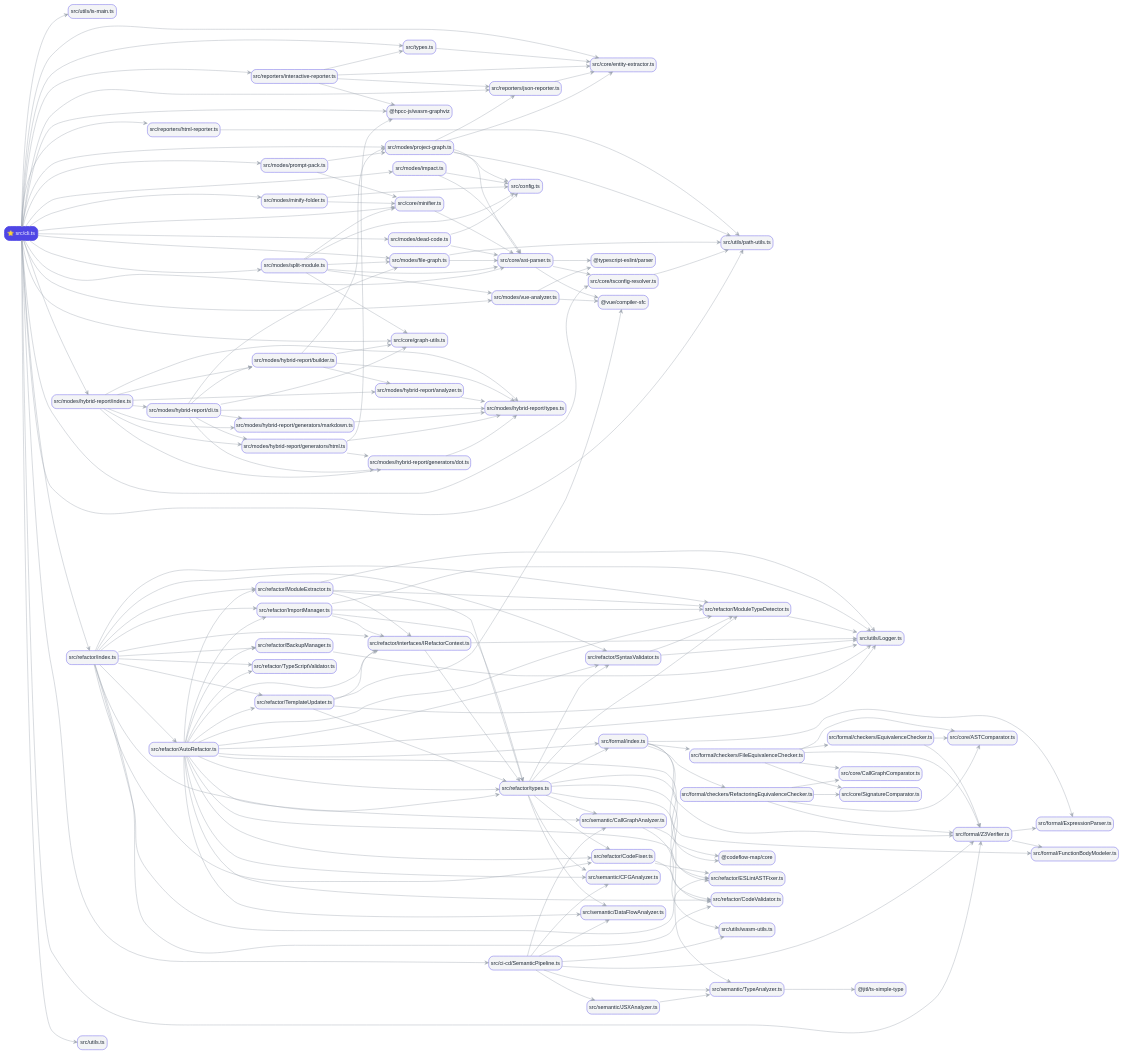
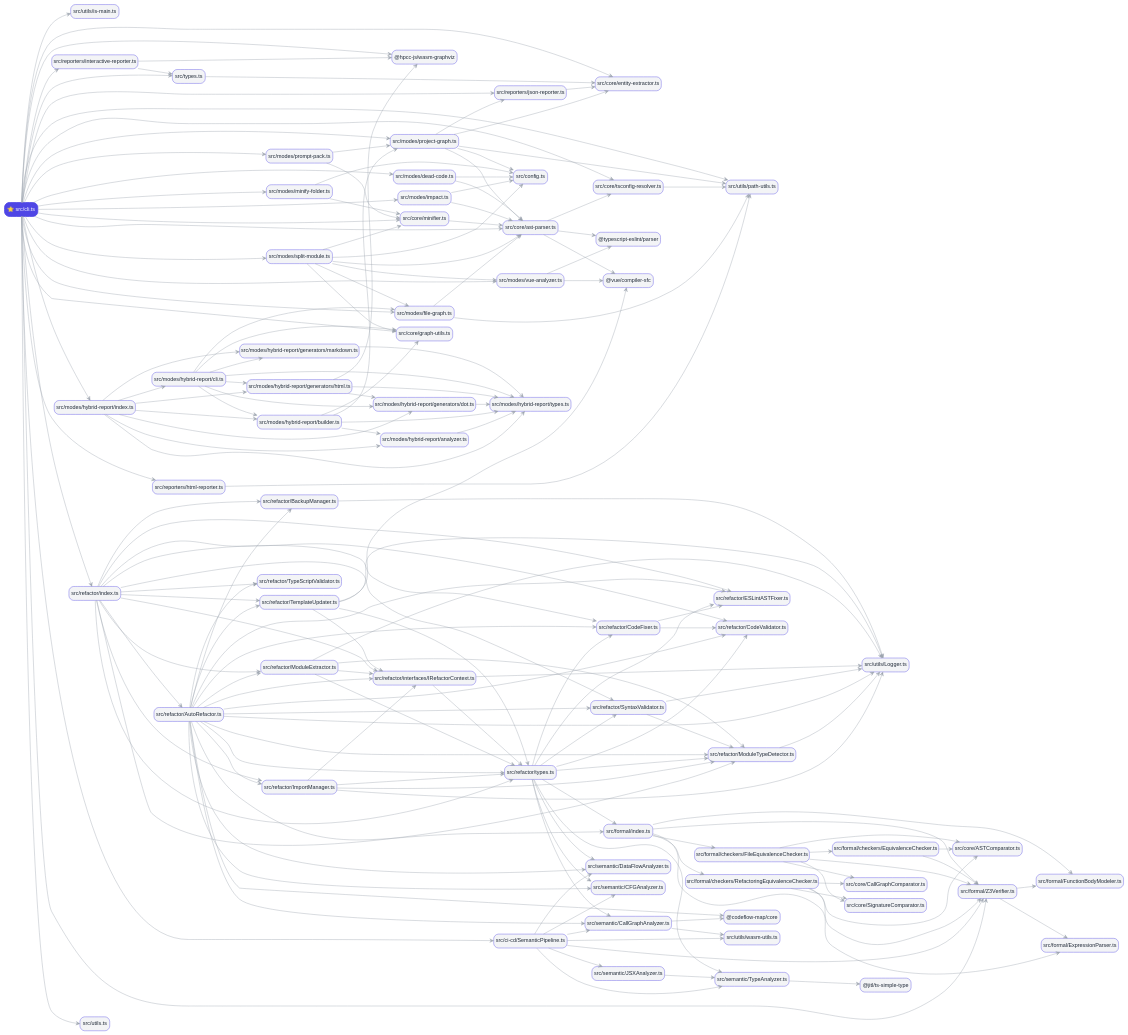
One commit to ZababurinSergei/ast-analyzer changed the diagram in reports/entities-component-tree-deep/output.dot. Above: the diagram before and after it, drawn with Graphviz. The commit also changed 13 other files, not shown here.

```diff
--- a/reports/entities-component-tree-deep/output.dot
+++ b/reports/entities-component-tree-deep/output.dot
@@ -1,181 +1,179 @@
 digraph "Dependency Graph" {
   rankdir=LR;
   splines=true;
   node [shape=box, style="filled,rounded", color="#4f46e5", fontname="Arial", fillcolor="#f3f4f6", fontcolor="#1f2937", penwidth=1];
   edge [color="#9ca3af", arrowhead=vee, penwidth=1];
   "src/cli.ts" [fillcolor="#4f46e5", fontcolor="#ffffff", penwidth=2, label="⭐ src/cli.ts"];
   "src/cli.ts" -> "src/utils/is-main.ts";
   "src/cli.ts" -> "@hpcc-js/wasm-graphviz";
   "src/cli.ts" -> "src/core/minifier.ts";
   "src/cli.ts" -> "src/core/graph-utils.ts";
   "src/cli.ts" -> "src/core/tsconfig-resolver.ts";
   "src/cli.ts" -> "src/core/ast-parser.ts";
   "src/cli.ts" -> "src/core/entity-extractor.ts";
   "src/cli.ts" -> "src/modes/project-graph.ts";
   "src/cli.ts" -> "src/modes/file-graph.ts";
   "src/cli.ts" -> "src/modes/prompt-pack.ts";
   "src/cli.ts" -> "src/modes/split-module.ts";
   "src/cli.ts" -> "src/modes/impact.ts";
   "src/cli.ts" -> "src/modes/dead-code.ts";
   "src/cli.ts" -> "src/modes/minify-folder.ts";
   "src/cli.ts" -> "src/modes/vue-analyzer.ts";
   "src/cli.ts" -> "src/refactor/index.ts";
   "src/cli.ts" -> "src/ci-cd/SemanticPipeline.ts";
   "src/cli.ts" -> "src/formal/Z3Verifier.ts";
   "src/cli.ts" -> "src/modes/hybrid-report/index.ts";
   "src/cli.ts" -> "src/reporters/json-reporter.ts";
   "src/cli.ts" -> "src/reporters/html-reporter.ts";
   "src/cli.ts" -> "src/reporters/interactive-reporter.ts";
   "src/cli.ts" -> "src/types.ts";
   "src/cli.ts" -> "src/utils.ts";
   "src/cli.ts" -> "src/utils/path-utils.ts";
   "src/core/minifier.ts" -> "src/core/ast-parser.ts";
   "src/core/tsconfig-resolver.ts" -> "src/utils/path-utils.ts";
   "src/core/ast-parser.ts" -> "@typescript-eslint/parser";
   "src/core/ast-parser.ts" -> "@vue/compiler-sfc";
   "src/core/ast-parser.ts" -> "src/core/tsconfig-resolver.ts";
   "src/modes/project-graph.ts" -> "src/core/ast-parser.ts";
   "src/modes/project-graph.ts" -> "src/core/entity-extractor.ts";
   "src/modes/project-graph.ts" -> "src/config.ts";
   "src/modes/project-graph.ts" -> "src/utils/path-utils.ts";
   "src/modes/project-graph.ts" -> "src/reporters/json-reporter.ts";
   "src/modes/file-graph.ts" -> "src/core/ast-parser.ts";
   "src/modes/file-graph.ts" -> "src/utils/path-utils.ts";
   "src/modes/prompt-pack.ts" -> "src/modes/project-graph.ts";
   "src/modes/prompt-pack.ts" -> "src/core/minifier.ts";
   "src/modes/split-module.ts" -> "src/core/ast-parser.ts";
   "src/modes/split-module.ts" -> "src/core/minifier.ts";
   "src/modes/split-module.ts" -> "src/modes/file-graph.ts";
   "src/modes/split-module.ts" -> "src/core/graph-utils.ts";
   "src/modes/split-module.ts" -> "src/config.ts";
   "src/modes/split-module.ts" -> "src/modes/vue-analyzer.ts";
   "src/modes/impact.ts" -> "src/core/ast-parser.ts";
   "src/modes/impact.ts" -> "src/config.ts";
   "src/modes/dead-code.ts" -> "src/core/ast-parser.ts";
   "src/modes/dead-code.ts" -> "src/config.ts";
   "src/modes/minify-folder.ts" -> "src/core/minifier.ts";
   "src/modes/minify-folder.ts" -> "src/config.ts";
   "src/modes/vue-analyzer.ts" -> "@vue/compiler-sfc";
   "src/modes/vue-analyzer.ts" -> "@typescript-eslint/parser";
   "src/refactor/index.ts" -> "src/refactor/types.ts";
   "src/refactor/index.ts" -> "src/refactor/AutoRefactor.ts";
   "src/refactor/index.ts" -> "src/refactor/ModuleExtractor.ts";
   "src/refactor/index.ts" -> "src/refactor/ImportManager.ts";
   "src/refactor/index.ts" -> "src/refactor/TypeScriptValidator.ts";
   "src/refactor/index.ts" -> "src/refactor/ESLintASTFixer.ts";
   "src/refactor/index.ts" -> "src/refactor/CodeValidator.ts";
   "src/refactor/index.ts" -> "src/refactor/CodeFixer.ts";
   "src/refactor/index.ts" -> "src/refactor/TemplateUpdater.ts";
   "src/refactor/index.ts" -> "src/refactor/SyntaxValidator.ts";
   "src/refactor/index.ts" -> "src/refactor/ModuleTypeDetector.ts";
   "src/refactor/index.ts" -> "src/refactor/BackupManager.ts";
   "src/refactor/index.ts" -> "src/refactor/interfaces/IRefactorContext.ts";
   "src/ci-cd/SemanticPipeline.ts" -> "src/semantic/CFGAnalyzer.ts";
   "src/ci-cd/SemanticPipeline.ts" -> "src/semantic/CallGraphAnalyzer.ts";
   "src/ci-cd/SemanticPipeline.ts" -> "src/semantic/TypeAnalyzer.ts";
   "src/ci-cd/SemanticPipeline.ts" -> "src/semantic/DataFlowAnalyzer.ts";
   "src/ci-cd/SemanticPipeline.ts" -> "src/formal/Z3Verifier.ts";
   "src/ci-cd/SemanticPipeline.ts" -> "src/semantic/JSXAnalyzer.ts";
   "src/ci-cd/SemanticPipeline.ts" -> "src/utils/wasm-utils.ts";
   "src/formal/Z3Verifier.ts" -> "src/formal/ExpressionParser.ts";
   "src/formal/Z3Verifier.ts" -> "src/formal/FunctionBodyModeler.ts";
   "src/modes/hybrid-report/index.ts" -> "src/modes/hybrid-report/types.ts";
   "src/modes/hybrid-report/index.ts" -> "src/modes/hybrid-report/cli.ts";
   "src/modes/hybrid-report/index.ts" -> "src/modes/hybrid-report/builder.ts";
   "src/modes/hybrid-report/index.ts" -> "src/modes/hybrid-report/analyzer.ts";
   "src/modes/hybrid-report/index.ts" -> "src/modes/hybrid-report/generators/dot.ts";
   "src/modes/hybrid-report/index.ts" -> "src/modes/hybrid-report/generators/html.ts";
   "src/modes/hybrid-report/index.ts" -> "src/modes/hybrid-report/generators/markdown.ts";
   "src/reporters/json-reporter.ts" -> "src/core/entity-extractor.ts";
   "src/reporters/html-reporter.ts" -> "src/utils/path-utils.ts";
   "src/reporters/interactive-reporter.ts" -> "src/types.ts";
   "src/reporters/interactive-reporter.ts" -> "@hpcc-js/wasm-graphviz";
-  "src/reporters/interactive-reporter.ts" -> "src/core/entity-extractor.ts";
-  "src/reporters/interactive-reporter.ts" -> "src/reporters/json-reporter.ts";
   "src/types.ts" -> "src/core/entity-extractor.ts";
   "src/refactor/types.ts" -> "src/semantic/CFGAnalyzer.ts";
   "src/refactor/types.ts" -> "src/semantic/CallGraphAnalyzer.ts";
   "src/refactor/types.ts" -> "src/semantic/DataFlowAnalyzer.ts";
   "src/refactor/types.ts" -> "src/semantic/TypeAnalyzer.ts";
   "src/refactor/types.ts" -> "src/formal/index.ts";
   "src/refactor/types.ts" -> "src/refactor/ESLintASTFixer.ts";
   "src/refactor/types.ts" -> "src/refactor/CodeValidator.ts";
   "src/refactor/types.ts" -> "src/refactor/CodeFixer.ts";
   "src/refactor/types.ts" -> "src/refactor/ModuleTypeDetector.ts";
   "src/refactor/types.ts" -> "src/refactor/SyntaxValidator.ts";
   "src/refactor/AutoRefactor.ts" -> "src/utils/Logger.ts";
   "src/refactor/AutoRefactor.ts" -> "src/refactor/ModuleExtractor.ts";
   "src/refactor/AutoRefactor.ts" -> "src/refactor/ImportManager.ts";
   "src/refactor/AutoRefactor.ts" -> "src/refactor/TypeScriptValidator.ts";
   "src/refactor/AutoRefactor.ts" -> "src/refactor/ESLintASTFixer.ts";
   "src/refactor/AutoRefactor.ts" -> "src/refactor/CodeValidator.ts";
   "src/refactor/AutoRefactor.ts" -> "src/refactor/CodeFixer.ts";
   "src/refactor/AutoRefactor.ts" -> "src/refactor/TemplateUpdater.ts";
   "src/refactor/AutoRefactor.ts" -> "@codeflow-map/core";
   "src/refactor/AutoRefactor.ts" -> "src/semantic/CFGAnalyzer.ts";
   "src/refactor/AutoRefactor.ts" -> "src/semantic/CallGraphAnalyzer.ts";
   "src/refactor/AutoRefactor.ts" -> "src/semantic/DataFlowAnalyzer.ts";
   "src/refactor/AutoRefactor.ts" -> "src/refactor/SyntaxValidator.ts";
   "src/refactor/AutoRefactor.ts" -> "src/refactor/ModuleTypeDetector.ts";
   "src/refactor/AutoRefactor.ts" -> "src/refactor/BackupManager.ts";
   "src/refactor/AutoRefactor.ts" -> "src/formal/index.ts";
   "src/refactor/AutoRefactor.ts" -> "src/refactor/interfaces/IRefactorContext.ts";
   "src/refactor/AutoRefactor.ts" -> "src/refactor/types.ts";
   "src/refactor/ModuleExtractor.ts" -> "src/utils/Logger.ts";
   "src/refactor/ModuleExtractor.ts" -> "src/refactor/ModuleTypeDetector.ts";
   "src/refactor/ModuleExtractor.ts" -> "src/refactor/interfaces/IRefactorContext.ts";
   "src/refactor/ModuleExtractor.ts" -> "src/refactor/types.ts";
   "src/refactor/ImportManager.ts" -> "src/refactor/types.ts";
   "src/refactor/ImportManager.ts" -> "src/utils/Logger.ts";
   "src/refactor/ImportManager.ts" -> "src/refactor/ModuleTypeDetector.ts";
   "src/refactor/ImportManager.ts" -> "src/refactor/interfaces/IRefactorContext.ts";
   "src/refactor/CodeFixer.ts" -> "src/refactor/CodeValidator.ts";
   "src/refactor/CodeFixer.ts" -> "src/refactor/ESLintASTFixer.ts";
   "src/refactor/TemplateUpdater.ts" -> "src/refactor/interfaces/IRefactorContext.ts";
   "src/refactor/TemplateUpdater.ts" -> "@vue/compiler-sfc";
   "src/refactor/TemplateUpdater.ts" -> "src/refactor/types.ts";
   "src/refactor/TemplateUpdater.ts" -> "src/utils/Logger.ts";
   "src/refactor/SyntaxValidator.ts" -> "src/utils/Logger.ts";
   "src/refactor/SyntaxValidator.ts" -> "src/refactor/ModuleTypeDetector.ts";
   "src/refactor/ModuleTypeDetector.ts" -> "src/utils/Logger.ts";
   "src/refactor/BackupManager.ts" -> "src/utils/Logger.ts";
   "src/refactor/interfaces/IRefactorContext.ts" -> "src/refactor/types.ts";
   "src/refactor/interfaces/IRefactorContext.ts" -> "src/utils/Logger.ts";
   "src/semantic/CallGraphAnalyzer.ts" -> "@codeflow-map/core";
   "src/semantic/CallGraphAnalyzer.ts" -> "src/utils/wasm-utils.ts";
   "src/semantic/TypeAnalyzer.ts" -> "@jitl/ts-simple-type";
   "src/semantic/JSXAnalyzer.ts" -> "src/semantic/TypeAnalyzer.ts";
   "src/modes/hybrid-report/cli.ts" -> "src/modes/file-graph.ts";
   "src/modes/hybrid-report/cli.ts" -> "src/core/graph-utils.ts";
   "src/modes/hybrid-report/cli.ts" -> "src/modes/hybrid-report/types.ts";
   "src/modes/hybrid-report/cli.ts" -> "src/modes/hybrid-report/builder.ts";
   "src/modes/hybrid-report/cli.ts" -> "src/modes/hybrid-report/generators/dot.ts";
   "src/modes/hybrid-report/cli.ts" -> "src/modes/hybrid-report/generators/html.ts";
   "src/modes/hybrid-report/cli.ts" -> "src/modes/hybrid-report/generators/markdown.ts";
   "src/modes/hybrid-report/builder.ts" -> "src/modes/project-graph.ts";
   "src/modes/hybrid-report/builder.ts" -> "src/core/graph-utils.ts";
   "src/modes/hybrid-report/builder.ts" -> "src/modes/hybrid-report/types.ts";
   "src/modes/hybrid-report/builder.ts" -> "src/modes/hybrid-report/analyzer.ts";
   "src/modes/hybrid-report/analyzer.ts" -> "src/modes/hybrid-report/types.ts";
   "src/modes/hybrid-report/generators/dot.ts" -> "src/modes/hybrid-report/types.ts";
   "src/modes/hybrid-report/generators/html.ts" -> "@hpcc-js/wasm-graphviz";
   "src/modes/hybrid-report/generators/html.ts" -> "src/modes/hybrid-report/types.ts";
   "src/modes/hybrid-report/generators/html.ts" -> "src/modes/hybrid-report/generators/dot.ts";
   "src/modes/hybrid-report/generators/markdown.ts" -> "src/modes/hybrid-report/types.ts";
   "src/formal/index.ts" -> "src/formal/Z3Verifier.ts";
   "src/formal/index.ts" -> "src/formal/FunctionBodyModeler.ts";
   "src/formal/index.ts" -> "src/formal/checkers/FileEquivalenceChecker.ts";
   "src/formal/index.ts" -> "src/formal/checkers/RefactoringEquivalenceChecker.ts";
   "src/formal/index.ts" -> "src/formal/ExpressionParser.ts";
   "src/formal/checkers/FileEquivalenceChecker.ts" -> "src/formal/checkers/EquivalenceChecker.ts";
   "src/formal/checkers/FileEquivalenceChecker.ts" -> "src/formal/Z3Verifier.ts";
   "src/formal/checkers/FileEquivalenceChecker.ts" -> "src/core/ASTComparator.ts";
   "src/formal/checkers/FileEquivalenceChecker.ts" -> "src/core/SignatureComparator.ts";
   "src/formal/checkers/FileEquivalenceChecker.ts" -> "src/core/CallGraphComparator.ts";
   "src/formal/checkers/RefactoringEquivalenceChecker.ts" -> "src/formal/Z3Verifier.ts";
   "src/formal/checkers/RefactoringEquivalenceChecker.ts" -> "src/core/ASTComparator.ts";
   "src/formal/checkers/RefactoringEquivalenceChecker.ts" -> "src/core/SignatureComparator.ts";
   "src/formal/checkers/RefactoringEquivalenceChecker.ts" -> "src/core/CallGraphComparator.ts";
   "src/formal/checkers/EquivalenceChecker.ts" -> "src/formal/Z3Verifier.ts";
   "src/formal/checkers/EquivalenceChecker.ts" -> "src/core/ASTComparator.ts";
 }
```
